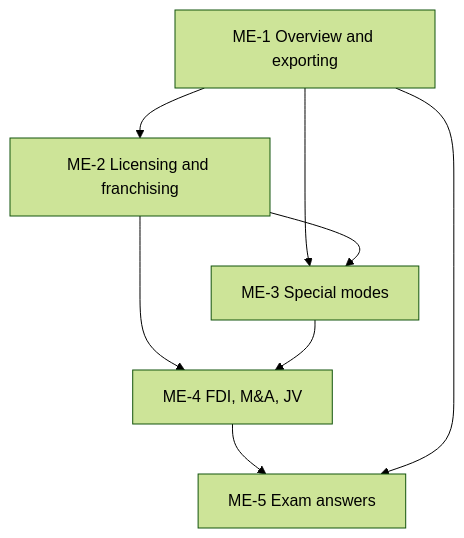
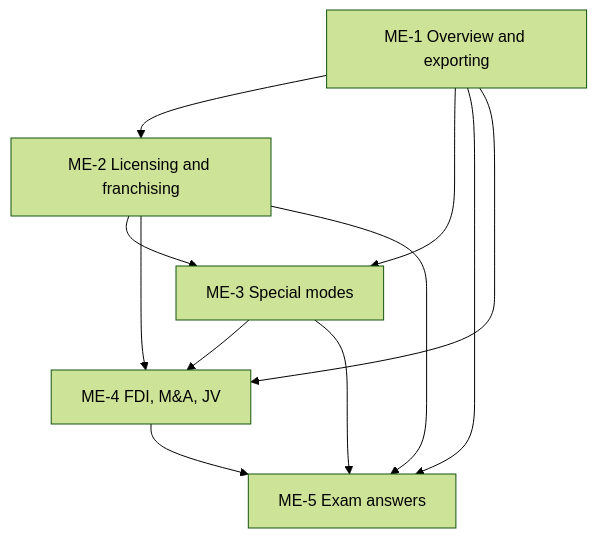
Before and after one commit to Lokiragnarock/ahhh: the diagram in content/recall/international-marketing/International Marketing Unit 3 - Market Entry MOC (Node Map).md, drawn with Mermaid (forest theme). The commit also changed 6 other files, not shown here.

````diff
--- a/content/recall/international-marketing/International Marketing Unit 3 - Market Entry MOC (Node Map).md
+++ b/content/recall/international-marketing/International Marketing Unit 3 - Market Entry MOC (Node Map).md
@@ -28,10 +28,13 @@
 ```mermaid
 graph TD
     ME1["ME-1 Overview and exporting"] --> ME2["ME-2 Licensing and franchising"]
     ME1 --> ME3["ME-3 Special modes"]
     ME2 --> ME3
     ME2 --> ME4["ME-4 FDI, M&A, JV"]
     ME3 --> ME4
     ME4 --> ME5["ME-5 Exam answers"]
     ME1 --> ME5
+    ME1 --> ME4
+    ME2 --> ME5
+    ME3 --> ME5
 ```
````
